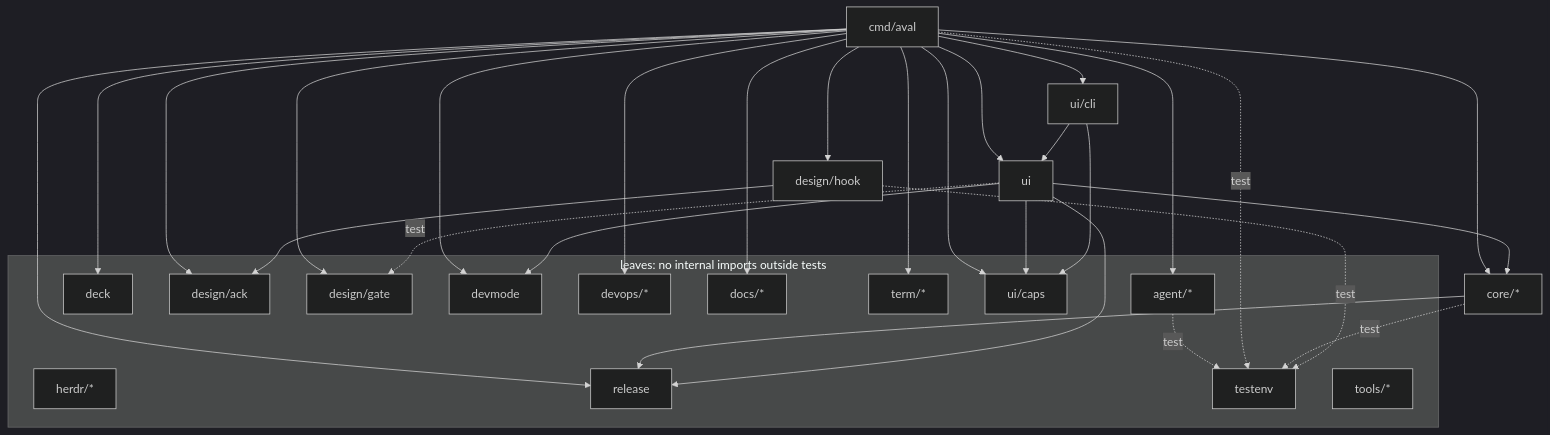
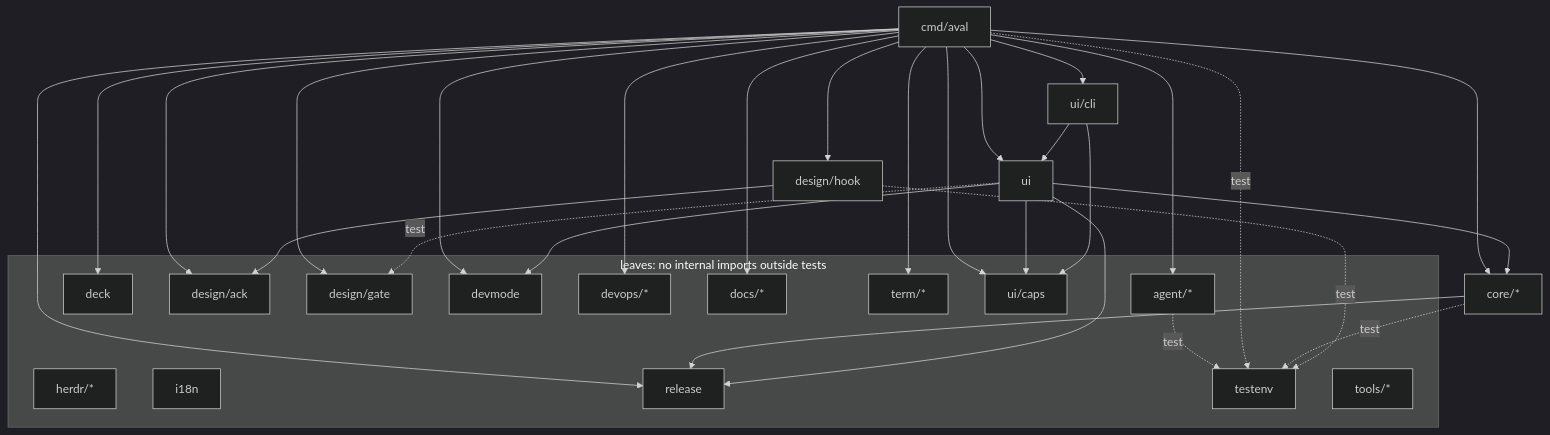
The diagram in docs/architecture/model.md (alvaroofernaandez/aval), drawn with Mermaid (dark theme) before and after one commit. The commit also changed other lines of this file and 9 other files, not shown here.

````diff
--- a/docs/architecture/model.md
+++ b/docs/architecture/model.md
@@ -12,50 +12,51 @@
 ```mermaid
 flowchart TD
   cmd_aval["cmd/aval"]
   ui_cli["ui/cli"]
   ui["ui"]
   core["core/*"]
   design_hook["design/hook"]
   subgraph leaves["leaves: no internal imports outside tests"]
     agent["agent/*"]
     deck["deck"]
     design_ack["design/ack"]
     design_gate["design/gate"]
     devmode["devmode"]
     devops["devops/*"]
     docs["docs/*"]
     herdr["herdr/*"]
+    i18n["i18n"]
     release["release"]
     term["term/*"]
     testenv["testenv"]
     tools["tools/*"]
     ui_caps["ui/caps"]
   end
   agent -.->|test| testenv
   cmd_aval --> agent
   cmd_aval --> core
   cmd_aval --> deck
   cmd_aval --> design_ack
   cmd_aval --> design_gate
   cmd_aval --> design_hook
   cmd_aval --> devmode
   cmd_aval --> devops
   cmd_aval --> docs
   cmd_aval --> release
   cmd_aval --> term
   cmd_aval --> ui
   cmd_aval --> ui_caps
   cmd_aval --> ui_cli
   cmd_aval -.->|test| testenv
   core --> release
   core -.->|test| testenv
   design_hook --> design_ack
   design_hook -.->|test| testenv
   ui --> core
   ui --> devmode
   ui --> release
   ui --> ui_caps
   ui -.->|test| design_gate
   ui_cli --> ui
   ui_cli --> ui_caps
 ```
````
